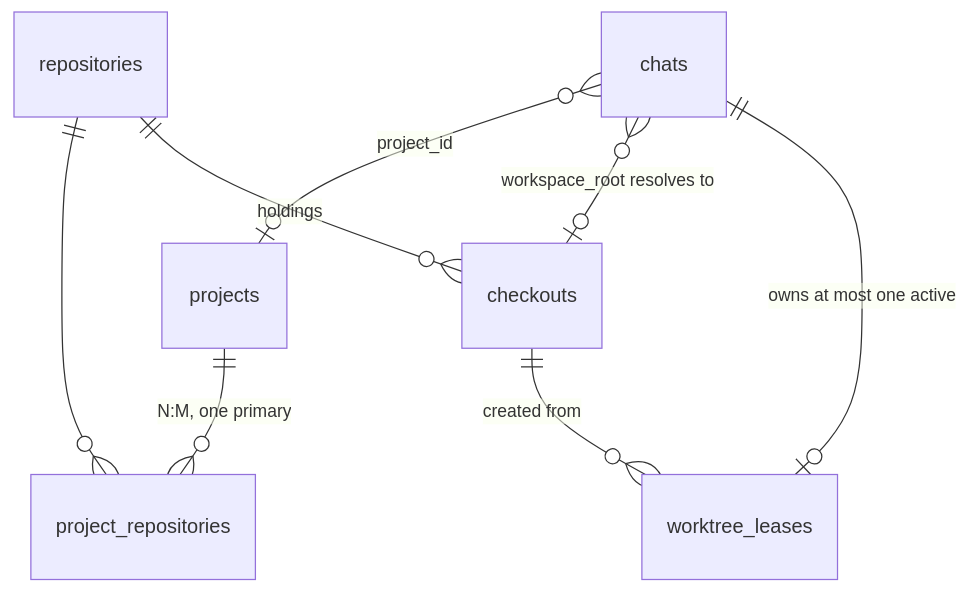
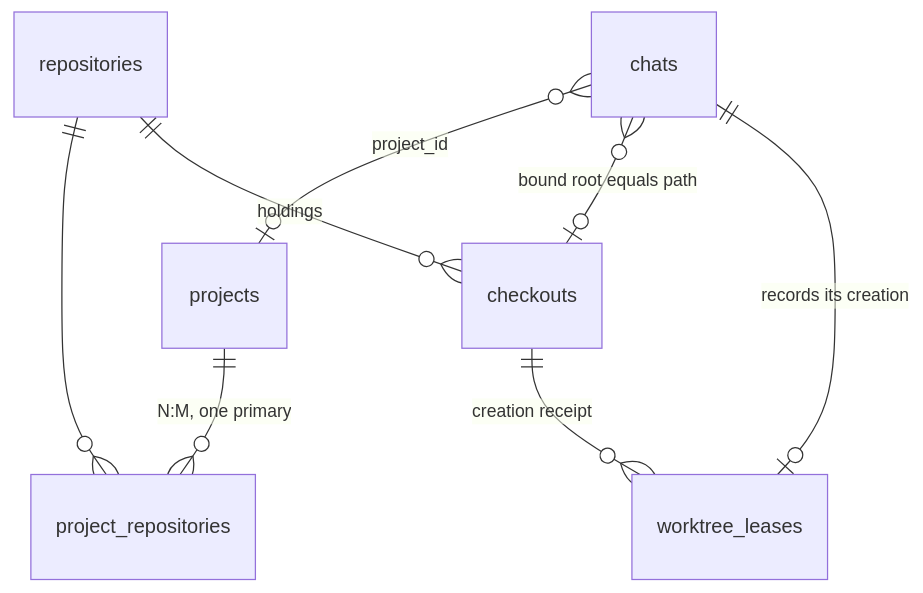
The diagram in docs/research/product-vision/2026-10-24-project-repository-machine-association.md (leon0399/llame), drawn with Mermaid before and after one commit. The commit also changed other lines of this file and 11 other files, not shown here.

````diff
--- a/docs/research/product-vision/2026-10-24-project-repository-machine-association.md
+++ b/docs/research/product-vision/2026-10-24-project-repository-machine-association.md
@@ -204,10 +220,10 @@
 ```mermaid
 erDiagram
     projects ||--o{ project_repositories : "N:M, one primary"
     repositories ||--o{ project_repositories : ""
     repositories ||--o{ checkouts : "holdings"
-    checkouts ||--o{ worktree_leases : "created from"
+    checkouts ||--o{ worktree_leases : "creation receipt"
     chats }o--o| projects : "project_id"
-    chats }o--o| checkouts : "workspace_root resolves to"
-    chats ||--o| worktree_leases : "owns at most one active"
+    chats }o--o| checkouts : "bound root equals path"
+    chats ||--o| worktree_leases : "records its creation"
 ```
````
